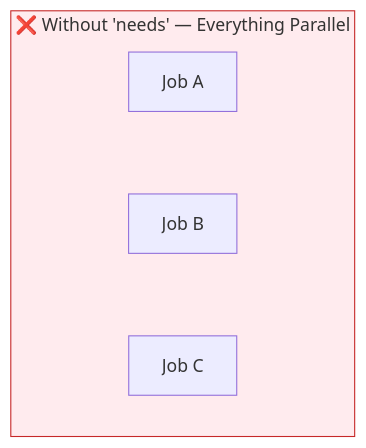
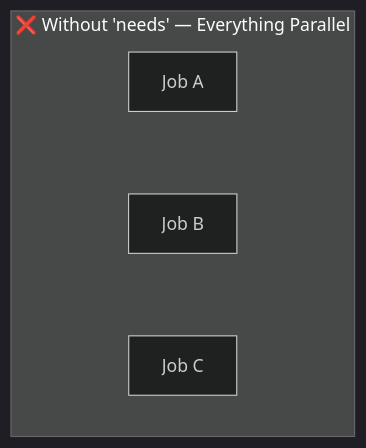
Before and after one commit to vishutyagi0210/github-ci-cd-with-labs: the first of 6 diagrams in 03-workflow-structure-dag/README.md, drawn with Mermaid. The commit also changed other lines of this file and 13 other files, not shown here.

Commit message:
fix: switch all mermaid diagrams to dark theme for better readability

````diff
--- a/03-workflow-structure-dag/README.md
+++ b/03-workflow-structure-dag/README.md
@@ -11,8 +11,8 @@
 ```mermaid
+%%{init: {"theme": "dark"}}%%
 graph LR
     subgraph DEFAULT["❌ Without 'needs' — Everything Parallel"]
         A1["Job A"] ~~~ B1["Job B"] ~~~ C1["Job C"]
     end
 
-    style DEFAULT fill:#ffebee,stroke:#c62828
 ```
````
